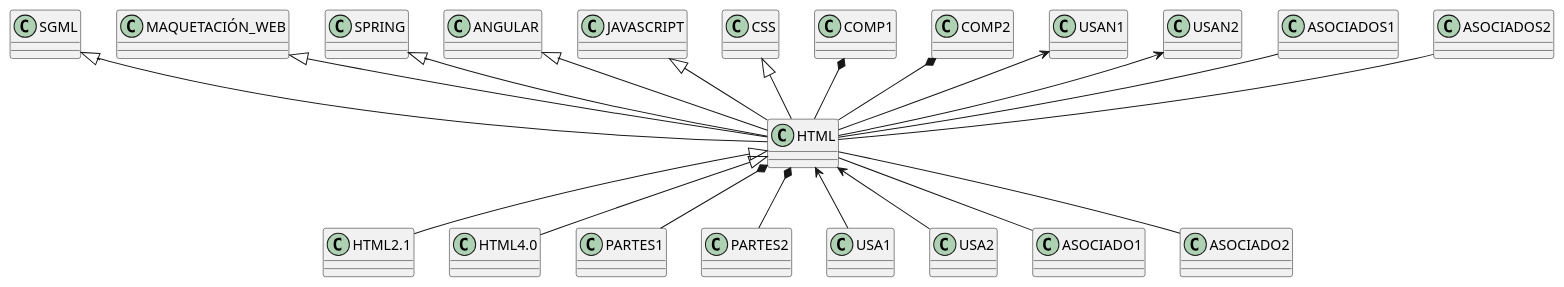
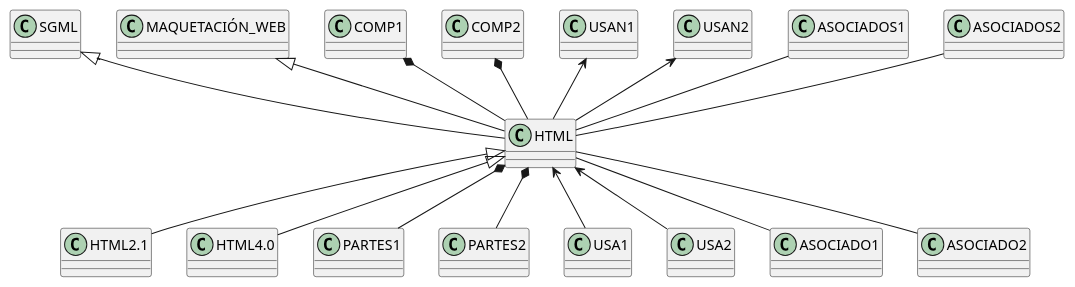
One commit to CodeURJC-DAW-2018-19/santatecla-relaciones-2 changed the diagram in relman/images/contextHTML.plantuml. Above: the diagram before and after it, drawn with PlantUML. The commit also changed 13 other files, not shown here.

```diff
--- a/relman/images/contextHTML.plantuml
+++ b/relman/images/contextHTML.plantuml
@@ -1,23 +1,19 @@
 @startuml 
  set namespaceSeparator none
 SGML <|-- HTML
 MAQUETACIÓN_WEB <|-- HTML
-SPRING <|-- HTML
-ANGULAR <|-- HTML
-JAVASCRIPT <|-- HTML
-CSS <|-- HTML
 COMP1 *-- HTML
 COMP2 *-- HTML
 USAN1 <-- HTML
 USAN2 <-- HTML
 ASOCIADOS1 -- HTML
 ASOCIADOS2 -- HTML
 HTML <|-- HTML2.1
 HTML <|-- HTML4.0
 HTML *-- PARTES1
 HTML *-- PARTES2
 HTML <-- USA1
 HTML <-- USA2
 HTML -- ASOCIADO1
 HTML -- ASOCIADO2
 @enduml
```
